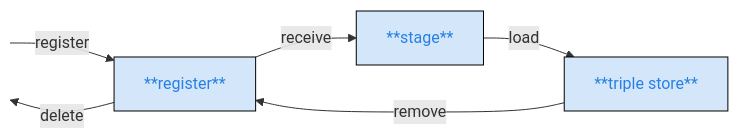
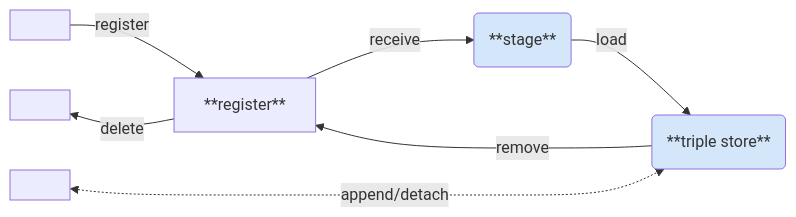
The diagram in README.md (nfdi4objects/n4o-graph-importer), drawn with Mermaid before and after one commit. The commit also changed other lines of this file and 1 other file, not shown here.

````diff
--- a/README.md
+++ b/README.md
@@ -66,18 +82,20 @@
 ```mermaid
 flowchart LR
   END[ ]:::hidden
   START[ ]:::hidden
-  L["**register**"]
-  S["**stage**"]
-  T["**triple store**"]
+  C[ ]:::hidden
+  R["**register**"]
+  S("**stage**"):::data
+  T("**triple store**"):::data
 
-  START -- register --> L 
-  L -- receive --> S
+  START -- register --> R 
+  R -- receive --> S
   S -- load --> T
-  T -- remove --> L
-  L -- delete --> END
-  END ~~~ L 
+  T -- remove --> R
+  R -- delete --> END
+  END ~~~ R
+  C  ~~~ R
+  C <-. append/detach .-> T
 
-classDef node  fill: #D4E6F9, color:#2780e3, stroke: black;
-classDef hidden display: none;
+classDef data  fill:#D4E6F9;
 ```
````
